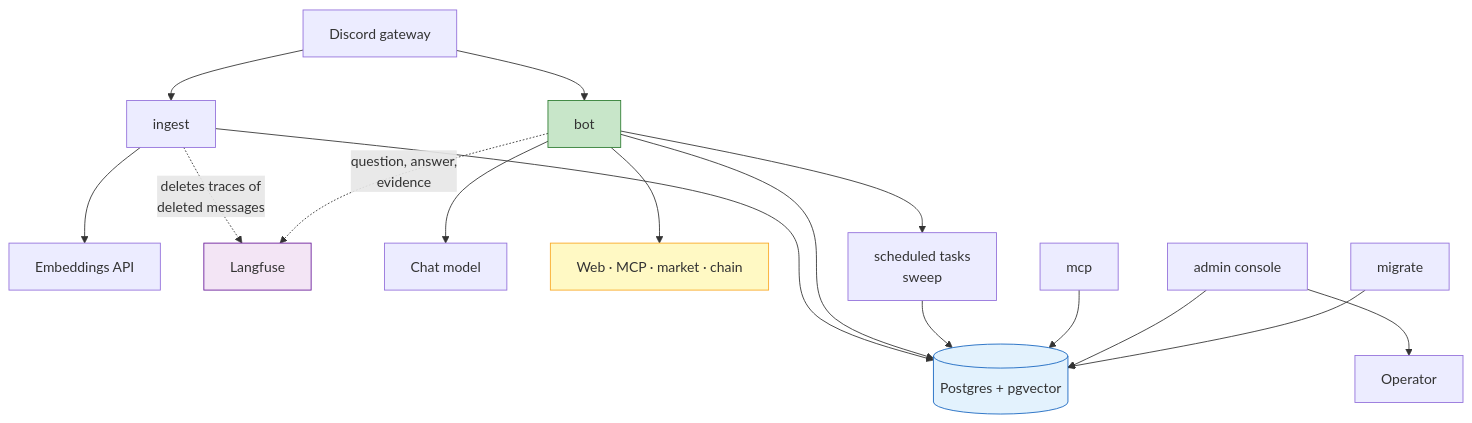
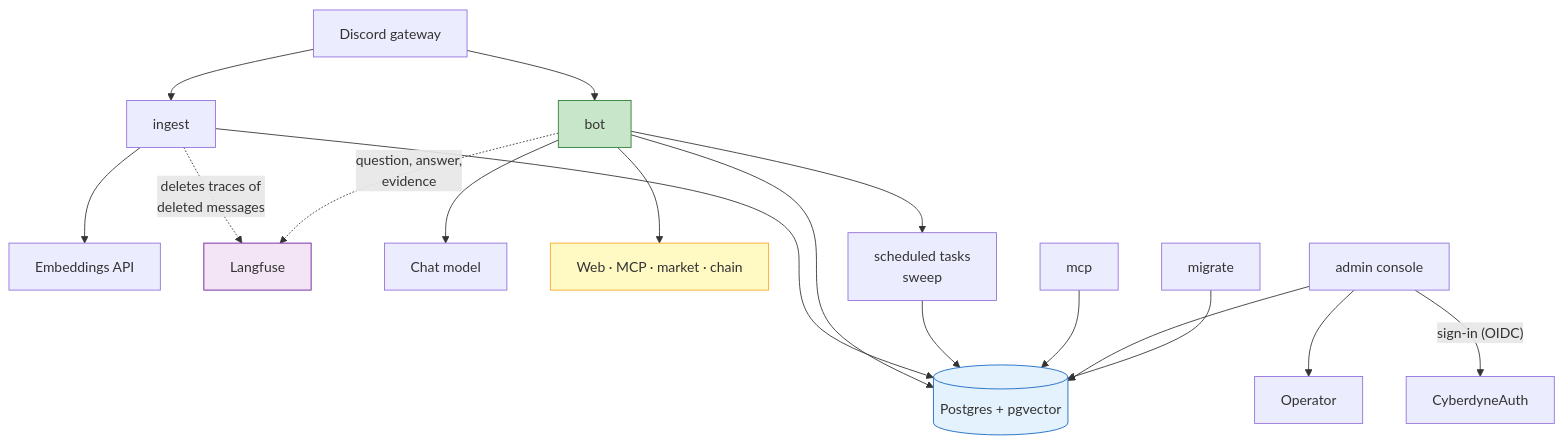
One commit to CyberdyneCorp/CyberFriend changed the third of 4 diagrams in README.md. Above: the diagram before and after it, drawn with Mermaid. The commit also changed 51 other files, not shown here.

First line of the commit message:
Sign in to the admin API with CyberdyneAuth (BFF)

````diff
--- a/README.md
+++ b/README.md
@@ -276,25 +276,26 @@
 ```mermaid
 graph TD
     D["Discord gateway"] --> ING["ingest"]
     ING --> PG[("Postgres + pgvector")]
     ING --> EMB["Embeddings API"]
     ING -.->|"deletes traces of<br/>deleted messages"| LF["Langfuse"]
 
     D --> BOT["bot"]
     BOT --> PG
     BOT --> LLM["Chat model"]
     BOT --> EXT["Web · MCP · market · chain"]
     BOT -.->|"question, answer,<br/>evidence"| LF
     BOT --> SCH["scheduled tasks<br/>sweep"]
     SCH --> PG
 
     MCPS["mcp"] --> PG
     ADM["admin console"] --> PG
     ADM --> OP["Operator"]
+    ADM -->|"sign-in (OIDC)"| CA["CyberdyneAuth"]
     MIG["migrate"] --> PG
 
     style PG fill:#E3F2FD,stroke:#1565C0
     style BOT fill:#C8E6C9,stroke:#2E7D32
     style EXT fill:#FFF9C4,stroke:#F9A825
     style LF fill:#F3E5F5,stroke:#6A1B9A
 ```
````
